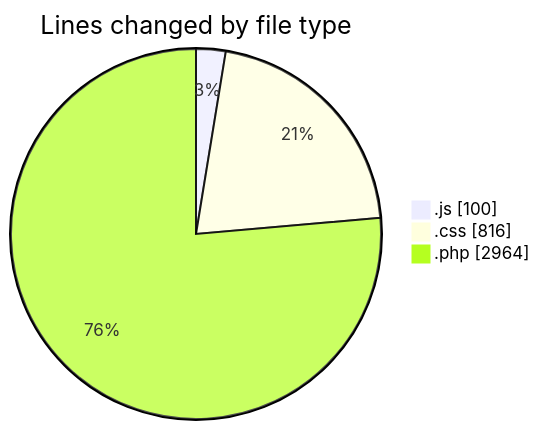
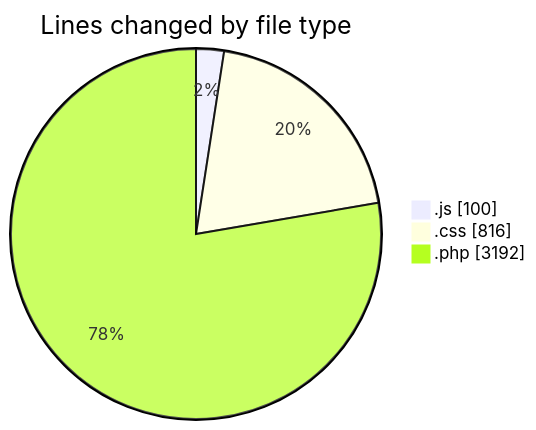
The first of 2 diagrams in 2025-08-25/quytuthien_vn/README.md (lephambinh05/code-tracking), drawn with Mermaid before and after one commit. The commit also changed other lines of this file and 1 other file, not shown here.

````diff
--- a/2025-08-25/quytuthien_vn/README.md
+++ b/2025-08-25/quytuthien_vn/README.md
@@ -49,7 +50,7 @@
 ```mermaid
 pie showData
 title Lines changed by file type
 ".js" : 100
 ".css" : 816
-".php" : 2964
+".php" : 3192
 ```
````
